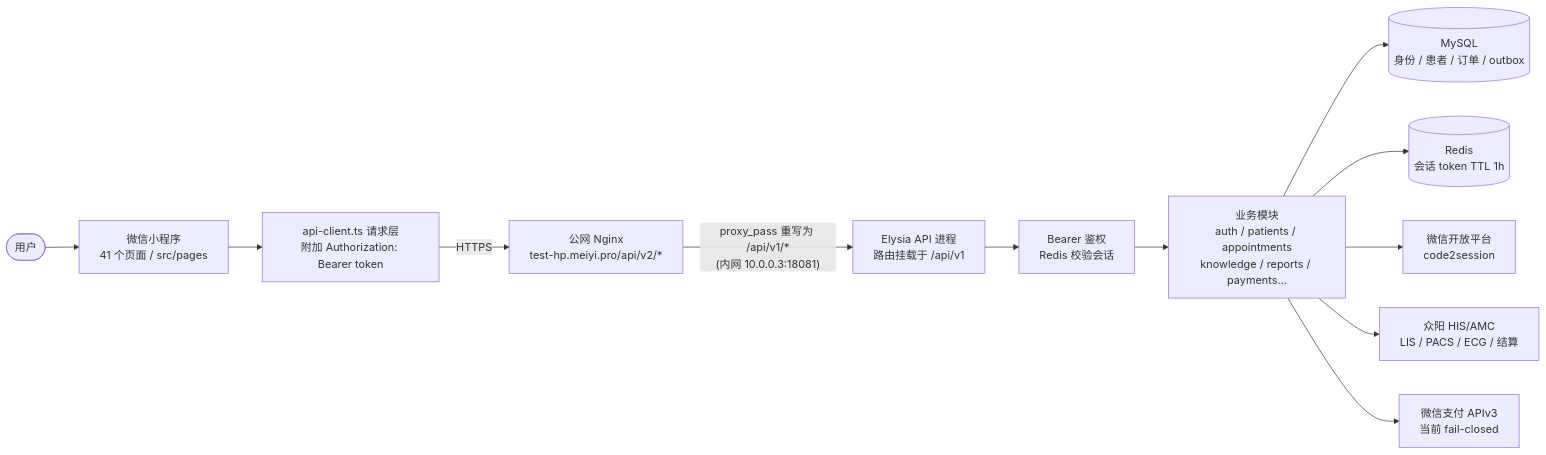
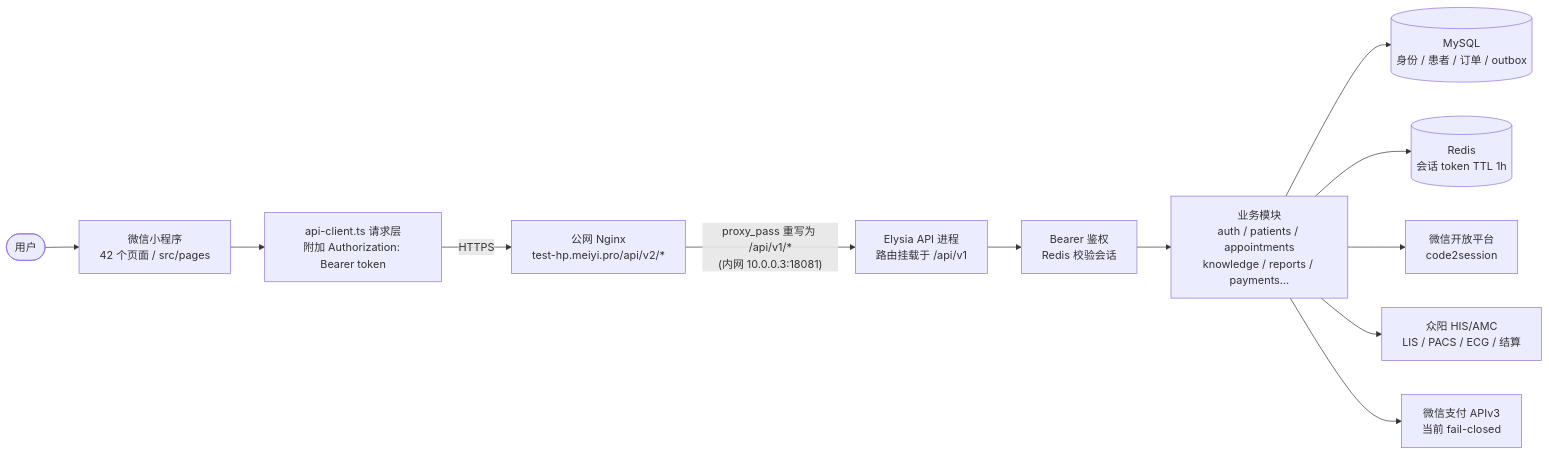
The first of 4 diagrams in docs/架构/微信登录与接口流向.md (puzzle-fuzzy/hospital-platform), drawn with Mermaid before and after one commit. The commit also changed other lines of this file and 290 other files, not shown here.

````diff
--- a/docs/架构/微信登录与接口流向.md
+++ b/docs/架构/微信登录与接口流向.md
@@ -11,14 +11,14 @@
 ```mermaid
 flowchart LR
-    User([用户]) --> MP[微信小程序<br/>41 个页面 / src/pages]
+    User([用户]) --> MP[微信小程序<br/>42 个页面 / src/pages]
     MP --> Client[api-client.ts 请求层<br/>附加 Authorization: Bearer token]
     Client -->|HTTPS| Nginx["公网 Nginx<br/>test-hp.meiyi.pro/api/v2/*"]
     Nginx -->|"proxy_pass 重写为 /api/v1/*<br/>(内网 10.0.0.3:18081)"| API[Elysia API 进程<br/>路由挂载于 /api/v1]
     API --> Auth[Bearer 鉴权<br/>Redis 校验会话]
     Auth --> Modules[业务模块<br/>auth / patients / appointments<br/>knowledge / reports / payments…]
     Modules --> MySQL[(MySQL<br/>身份 / 患者 / 订单 / outbox)]
     Modules --> Redis[(Redis<br/>会话 token TTL 1h)]
     Modules --> WX[微信开放平台<br/>code2session]
     Modules --> ZY[众阳 HIS/AMC<br/>LIS / PACS / ECG / 结算]
     Modules --> WXPAY[微信支付 APIv3<br/>当前 fail-closed]
 ```
````
